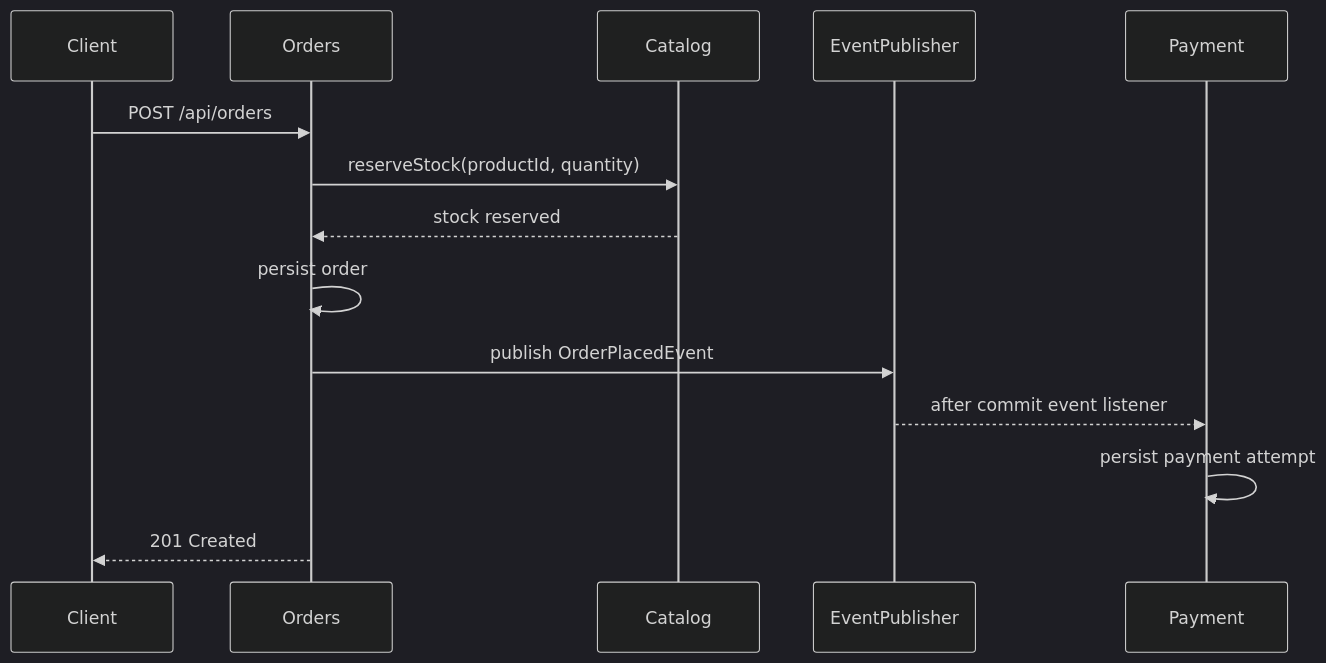
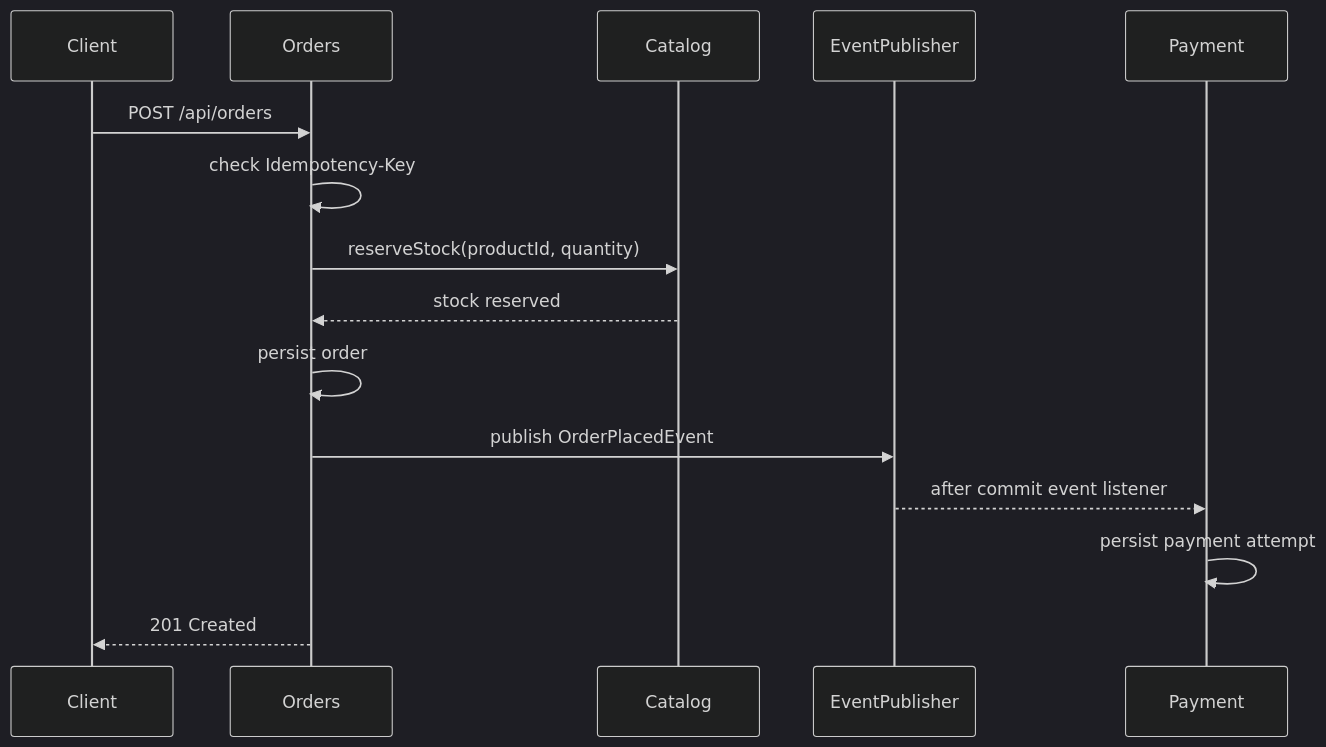
The second of 2 diagrams in docs/architecture.md (DanieleMasone/modular-monolith-ecommerce), drawn with Mermaid (dark theme) before and after one commit. The commit also changed other lines of this file and 23 other files, not shown here.

````diff
--- a/docs/architecture.md
+++ b/docs/architecture.md
@@ -70,17 +71,18 @@
 ```mermaid
 sequenceDiagram
     participant Client
     participant Orders
     participant Catalog
     participant EventPublisher
     participant Payment
 
     Client->>Orders: POST /api/orders
+    Orders->>Orders: check Idempotency-Key
     Orders->>Catalog: reserveStock(productId, quantity)
     Catalog-->>Orders: stock reserved
     Orders->>Orders: persist order
     Orders->>EventPublisher: publish OrderPlacedEvent
     EventPublisher-->>Payment: after commit event listener
     Payment->>Payment: persist payment attempt
     Orders-->>Client: 201 Created
 ```
````
